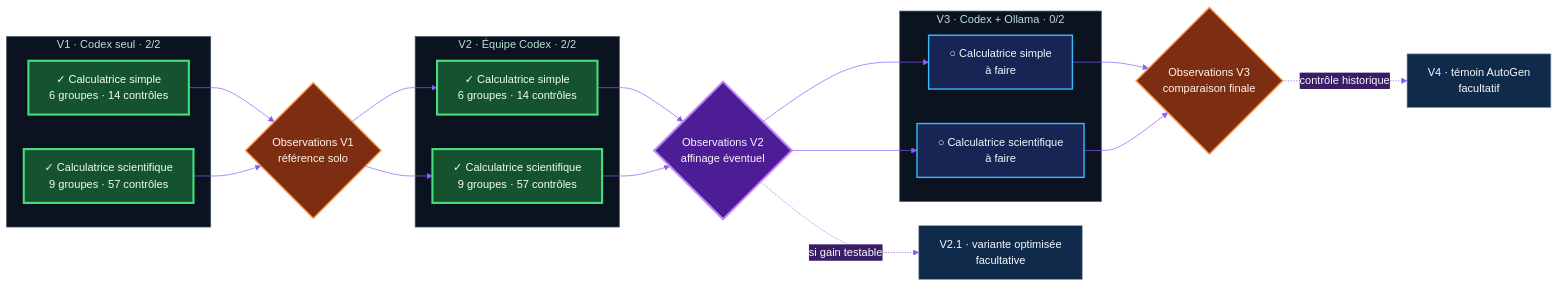
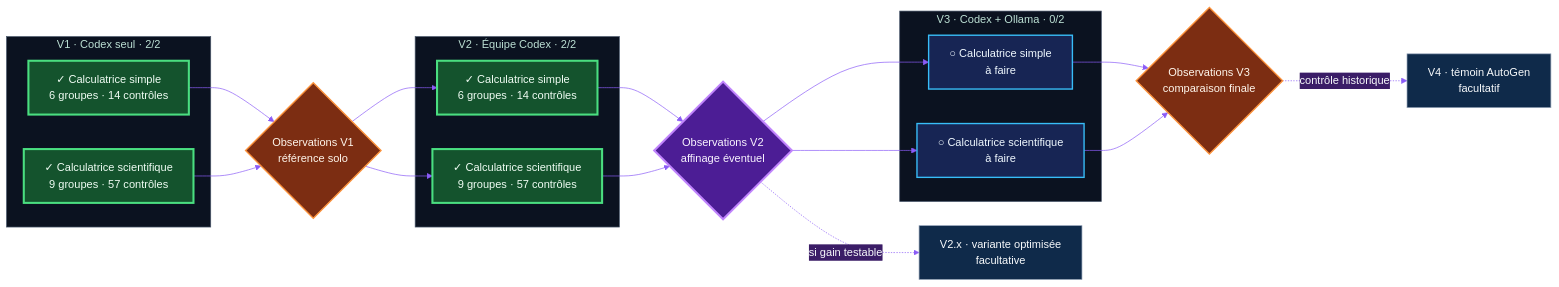
Before and after one commit to ERICRAC/AgentBench-2026: the diagram in README.md, drawn with Mermaid. The commit also changed other lines of this file and 15 other files, not shown here.

````diff
--- a/README.md
+++ b/README.md
@@ -49,50 +51,50 @@
 ```mermaid
 %%{init: {"theme": "base", "themeVariables": {
   "primaryColor": "#0f2a4a",
   "primaryTextColor": "#f8fafc",
   "primaryBorderColor": "#22d3ee",
   "secondaryColor": "#3b1d67",
   "tertiaryColor": "#431f2b",
   "fontFamily": "system-ui",
   "lineColor": "#8b5cf6",
   "clusterBkg": "#0b1220",
   "clusterBorder": "#475569"
 }}}%%
 flowchart LR
     subgraph V1["V1 · Codex seul · 2/2"]
       V1C["✓ Calculatrice simple<br/>6 groupes · 14 contrôles"]
       V1S["✓ Calculatrice scientifique<br/>9 groupes · 57 contrôles"]
     end
     G1{"Observations V1<br/>référence solo"}
     subgraph V2["V2 · Équipe Codex · 2/2"]
       V2C["✓ Calculatrice simple<br/>6 groupes · 14 contrôles"]
       V2S["✓ Calculatrice scientifique<br/>9 groupes · 57 contrôles"]
     end
     G2{"Observations V2<br/>affinage éventuel"}
-    V21["V2.1 · variante optimisée<br/>facultative"]
+    V21["V2.x · variante optimisée<br/>facultative"]
     subgraph V3["V3 · Codex + Ollama · 0/2"]
       V3C["○ Calculatrice simple<br/>à faire"]
       V3S["○ Calculatrice scientifique<br/>à faire"]
     end
     G3{"Observations V3<br/>comparaison finale"}
     V4["V4 · témoin AutoGen<br/>facultatif"]
 
     V1C & V1S --> G1
     G1 --> V2C & V2S
     V2C & V2S --> G2
     G2 -. "si gain testable" .-> V21
     G2 --> V3C & V3S
     V3C & V3S --> G3
     G3 -. "contrôle historique" .-> V4
 
     classDef done fill:#14532d,stroke:#4ade80,color:#f0fdf4,stroke-width:3px;
     classDef next fill:#4c1d95,stroke:#c084fc,color:#faf5ff,stroke-width:3px;
     classDef todo fill:#172554,stroke:#38bdf8,color:#f0f9ff,stroke-width:2px;
     classDef gate fill:#7c2d12,stroke:#fb923c,color:#fff7ed,stroke-width:2px;
     classDef optional fill:#0f2a4a,stroke:#94a3b8,color:#f8fafc;
     class V1C,V1S,V2C,V2S done;
     class V3C,V3S todo;
     class G1,G3 gate;
     class G2 next;
     class V21,V4 optional;
 ```
````
